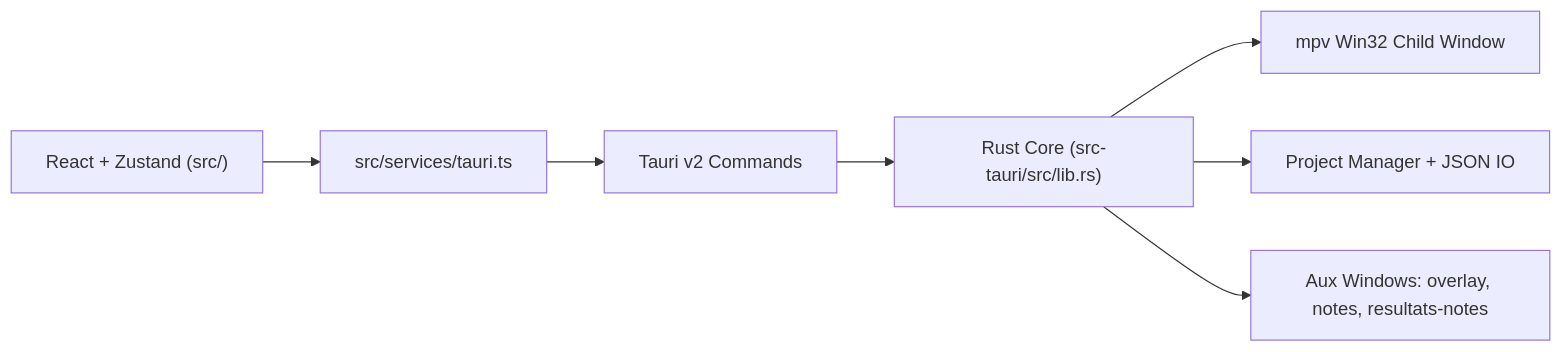
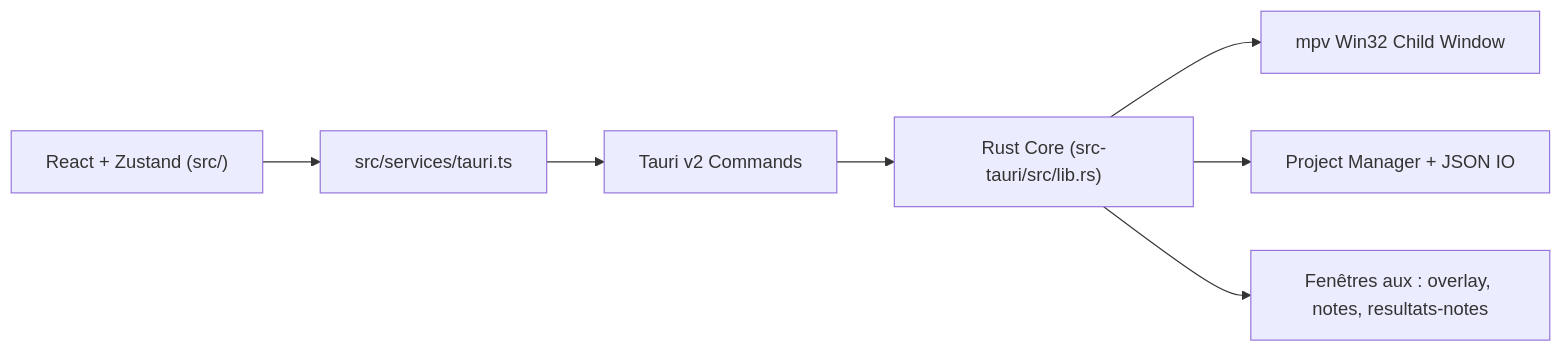
One commit to NetsumaInfo/application-bareme-amv-france changed the diagram in README.md. Above: the diagram before and after it, drawn with Mermaid. The commit also changed other lines of this file and 79 other files, not shown here.

````diff
--- a/README.md
+++ b/README.md
@@ -33,9 +48,9 @@
 ```mermaid
 flowchart LR
   UI["React + Zustand (src/)"] --> API["src/services/tauri.ts"]
   API --> IPC["Tauri v2 Commands"]
   IPC --> Core["Rust Core (src-tauri/src/lib.rs)"]
   Core --> MPV["mpv Win32 Child Window"]
   Core --> Proj["Project Manager + JSON IO"]
-  Core --> Aux["Aux Windows: overlay, notes, resultats-notes"]
+  Core --> Aux["Fenêtres aux : overlay, notes, resultats-notes"]
 ```
````
